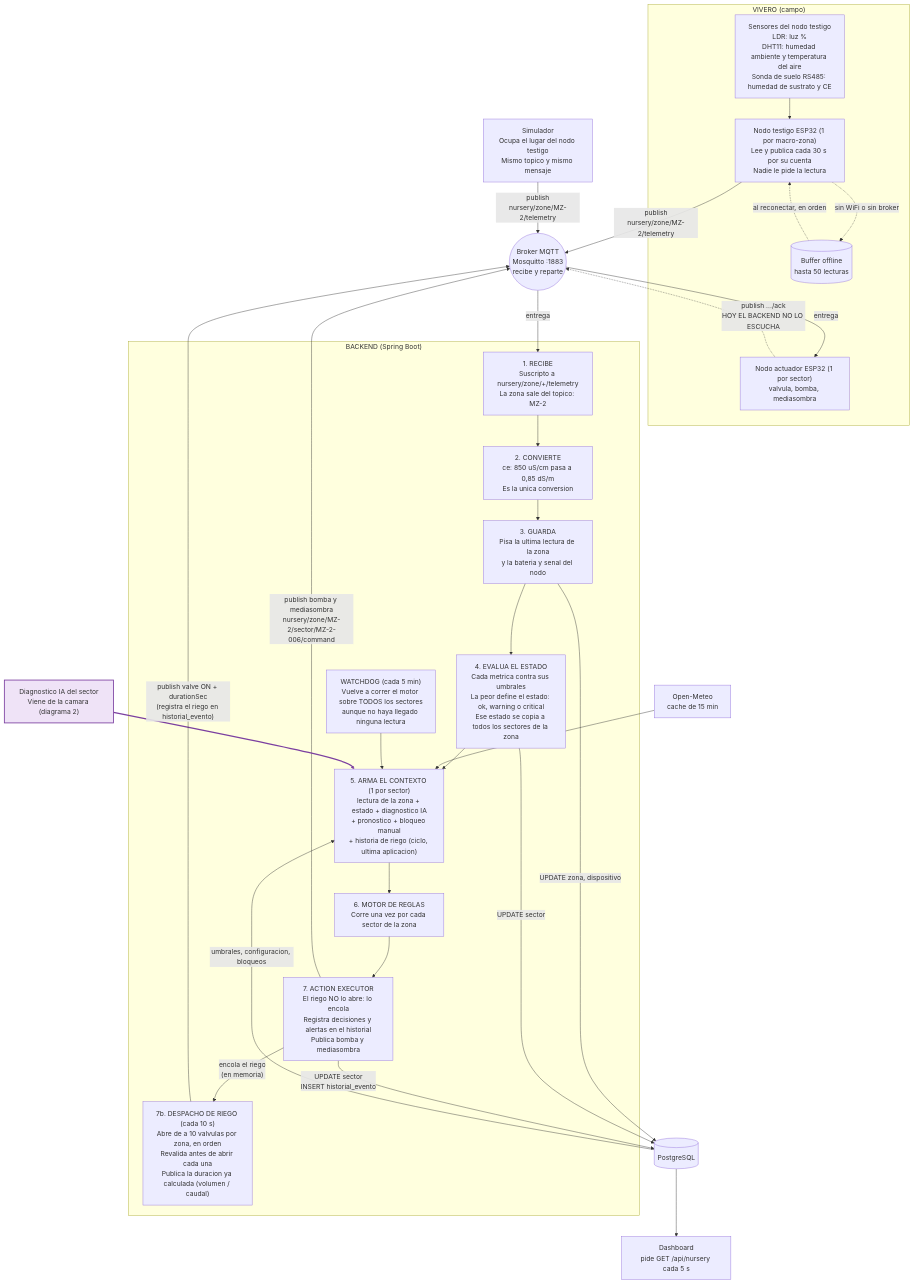
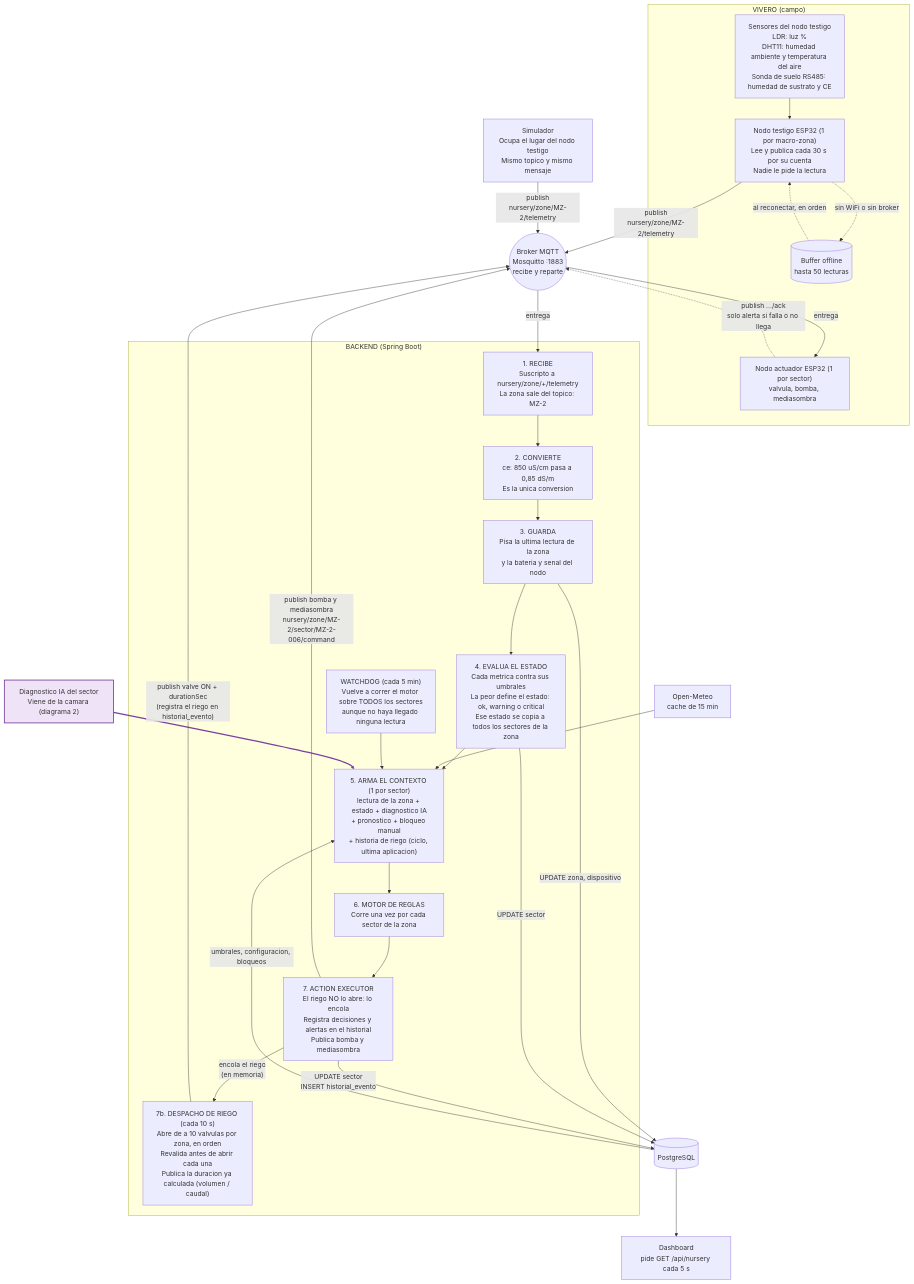
Before and after one commit to ssgalo/Yerbanalytics: the first of 3 diagrams in docs-motor-reglas-e-integracion/circuito-sensado-a-motor.md, drawn with Mermaid. The commit also changed other lines of this file and 3 other files, not shown here.

````diff
--- a/docs-motor-reglas-e-integracion/circuito-sensado-a-motor.md
+++ b/docs-motor-reglas-e-integracion/circuito-sensado-a-motor.md
@@ -16,55 +16,55 @@
 ```mermaid
 flowchart TD
     subgraph CAMPO["VIVERO (campo)"]
         SENS["Sensores del nodo testigo<br/>LDR: luz %<br/>DHT11: humedad ambiente y temperatura del aire<br/>Sonda de suelo RS485: humedad de sustrato y CE"]
         NODO["Nodo testigo ESP32 (1 por macro-zona)<br/>Lee y publica cada 30 s por su cuenta<br/>Nadie le pide la lectura"]
         BUF[("Buffer offline<br/>hasta 50 lecturas")]
         ACT["Nodo actuador ESP32 (1 por sector)<br/>valvula, bomba, mediasombra"]
     end
 
     SIM["Simulador<br/>Ocupa el lugar del nodo testigo<br/>Mismo topico y mismo mensaje"]
 
     BROKER(("Broker MQTT<br/>Mosquitto :1883<br/>recibe y reparte"))
 
     subgraph BACK["BACKEND (Spring Boot)"]
         P1["1. RECIBE<br/>Suscripto a nursery/zone/+/telemetry<br/>La zona sale del topico: MZ-2"]
         P2["2. CONVIERTE<br/>ce: 850 uS/cm pasa a 0,85 dS/m<br/>Es la unica conversion"]
         P3["3. GUARDA<br/>Pisa la ultima lectura de la zona<br/>y la bateria y senal del nodo"]
         P4["4. EVALUA EL ESTADO<br/>Cada metrica contra sus umbrales<br/>La peor define el estado: ok, warning o critical<br/>Ese estado se copia a todos los sectores de la zona"]
         P5["5. ARMA EL CONTEXTO (1 por sector)<br/>lectura de la zona + estado + diagnostico IA<br/>+ pronostico + bloqueo manual<br/>+ historia de riego (ciclo, ultima aplicacion)"]
         P6["6. MOTOR DE REGLAS<br/>Corre una vez por cada sector de la zona"]
         P7["7. ACTION EXECUTOR<br/>El riego NO lo abre: lo encola<br/>Registra decisiones y alertas en el historial<br/>Publica bomba y mediasombra"]
         DESP["7b. DESPACHO DE RIEGO (cada 10 s)<br/>Abre de a 10 valvulas por zona, en orden<br/>Revalida antes de abrir cada una<br/>Publica la duracion ya calculada (volumen / caudal)"]
         WD["WATCHDOG (cada 5 min)<br/>Vuelve a correr el motor sobre TODOS los sectores<br/>aunque no haya llegado ninguna lectura"]
     end
 
     DB[("PostgreSQL")]
     CLIMA["Open-Meteo<br/>cache de 15 min"]
     DASH["Dashboard<br/>pide GET /api/nursery cada 5 s"]
 
     SENS --> NODO
     NODO -. "sin WiFi o sin broker" .-> BUF
     BUF -. "al reconectar, en orden" .-> NODO
     NODO -- "publish<br/>nursery/zone/MZ-2/telemetry" --> BROKER
     SIM -- "publish<br/>nursery/zone/MZ-2/telemetry" --> BROKER
     BROKER -- "entrega" --> P1
     P1 --> P2 --> P3 --> P4 --> P5 --> P6 --> P7
     P3 -- "UPDATE zona, dispositivo" --> DB
     P4 -- "UPDATE sector" --> DB
     CLIMA --> P5
     DB -- "umbrales, configuracion, bloqueos" --> P5
     WD --> P5
     P7 -- "UPDATE sector<br/>INSERT historial_evento" --> DB
     P7 -- "publish bomba y mediasombra<br/>nursery/zone/MZ-2/sector/MZ-2-006/command" --> BROKER
     BROKER -- "entrega" --> ACT
-    ACT -. "publish .../ack<br/>HOY EL BACKEND NO LO ESCUCHA" .-> BROKER
+    ACT -. "publish .../ack<br/>solo alerta si falla o no llega" .-> BROKER
     DB --> DASH
 
     CAMARA["Diagnostico IA del sector<br/>Viene de la camara (diagrama 2)"]
     CAMARA --> P5
     P7 -- "encola el riego<br/>(en memoria)" --> DESP
     DESP -- "publish valve ON + durationSec<br/>(registra el riego en historial_evento)" --> BROKER
 
     style CAMARA fill:#efe3f7,stroke:#7b3fa0,stroke-width:2px
     linkStyle 22 stroke:#7b3fa0,stroke-width:3px
 ```
````
